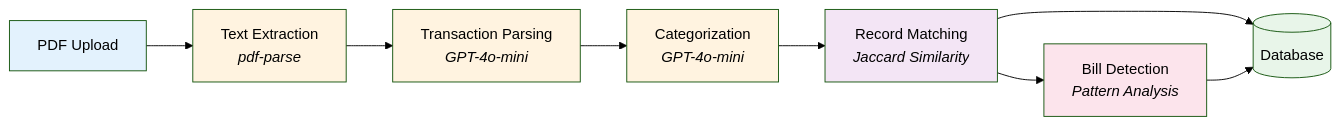
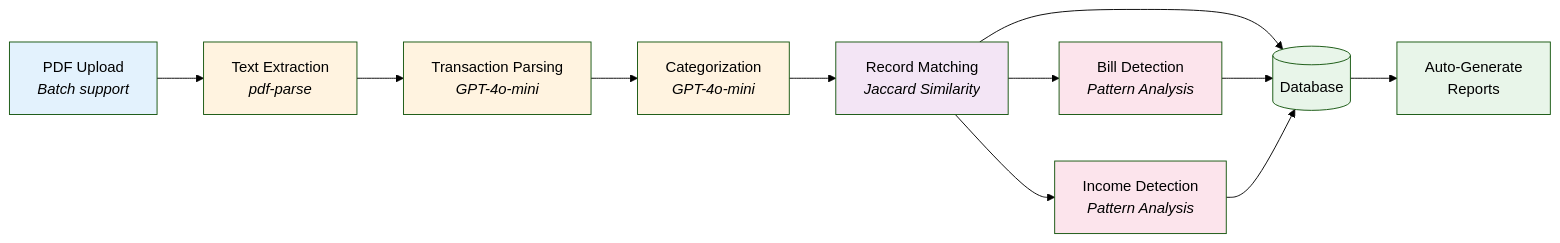
The third of 11 diagrams in README.md (mjmitchell86/Spendoza), drawn with Mermaid (forest theme) before and after one commit. The commit also changed other lines of this file, not shown here.

````diff
--- a/README.md
+++ b/README.md
@@ -109,18 +109,23 @@
 ```mermaid
 flowchart LR
-    PDF[PDF Upload] --> Extract[Text Extraction<br/><i>pdf-parse</i>]
+    PDF[PDF Upload<br/><i>Batch support</i>] --> Extract[Text Extraction<br/><i>pdf-parse</i>]
     Extract --> Parse[Transaction Parsing<br/><i>GPT-4o-mini</i>]
     Parse --> Classify[Categorization<br/><i>GPT-4o-mini</i>]
     Classify --> Match[Record Matching<br/><i>Jaccard Similarity</i>]
     Match --> DB[(Database)]
     Match --> Bills[Bill Detection<br/><i>Pattern Analysis</i>]
+    Match --> Income[Income Detection<br/><i>Pattern Analysis</i>]
     Bills --> DB
+    Income --> DB
+    DB --> Reports[Auto-Generate<br/>Reports]
 
     style PDF fill:#e3f2fd
     style Extract fill:#fff3e0
     style Parse fill:#fff3e0
     style Classify fill:#fff3e0
     style Match fill:#f3e5f5
     style Bills fill:#fce4ec
+    style Income fill:#fce4ec
     style DB fill:#e8f5e9
+    style Reports fill:#e8f5e9
 ```
````
